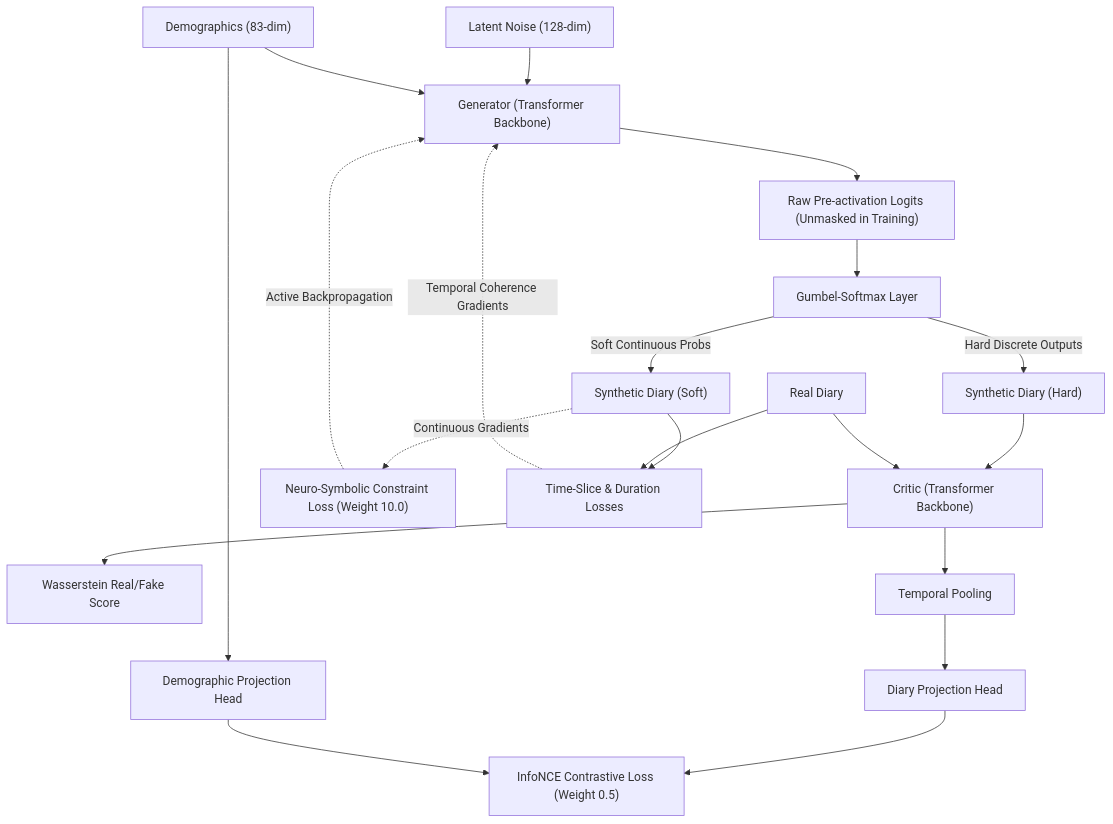
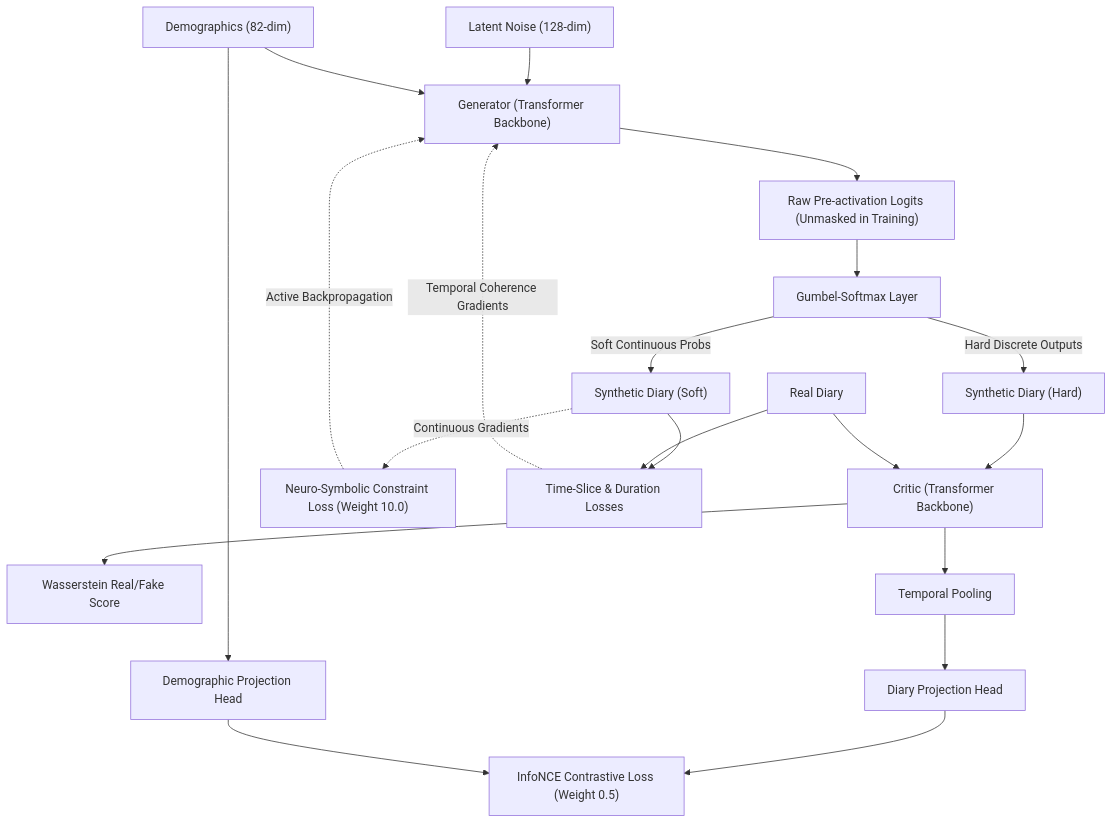
One commit to venkat-nallapu/tusgan changed the diagram in docs/architecture_specs/tusgan-v5one.md. Above: the diagram before and after it, drawn with Mermaid. The commit also changed 134 other files, not shown here.

````diff
--- a/docs/architecture_specs/tusgan-v5one.md
+++ b/docs/architecture_specs/tusgan-v5one.md
@@ -27,23 +27,23 @@
 ```mermaid
 graph TD
-    Z["Latent Noise (128-dim)"] & C["Demographics (83-dim)"] --> Gen["Generator (Transformer Backbone)"]
+    Z["Latent Noise (128-dim)"] & C["Demographics (82-dim)"] --> Gen["Generator (Transformer Backbone)"]
     Gen --> L["Raw Pre-activation Logits (Unmasked in Training)"]
     
     L --> GS["Gumbel-Softmax Layer"]
     GS -->|Hard Discrete Outputs| SD["Synthetic Diary (Hard)"]
     GS -->|Soft Continuous Probs| SP["Synthetic Diary (Soft)"]
     
     SD & RD["Real Diary"] --> Crit["Critic (Transformer Backbone)"]
     Crit --> WS["Wasserstein Real/Fake Score"]
     
     Crit --> TP["Temporal Pooling"]
     TP --> DP["Diary Projection Head"]
     C --> CP["Demographic Projection Head"]
     DP & CP --> Info["InfoNCE Contrastive Loss (Weight 0.5)"]
     
     SP -.->|Continuous Gradients| NS["Neuro-Symbolic Constraint Loss (Weight 10.0)"]
     NS -.->|Active Backpropagation| Gen
     
     SP & RD --> Aux["Time-Slice & Duration Losses"]
     Aux -.->|Temporal Coherence Gradients| Gen
 ```
````
